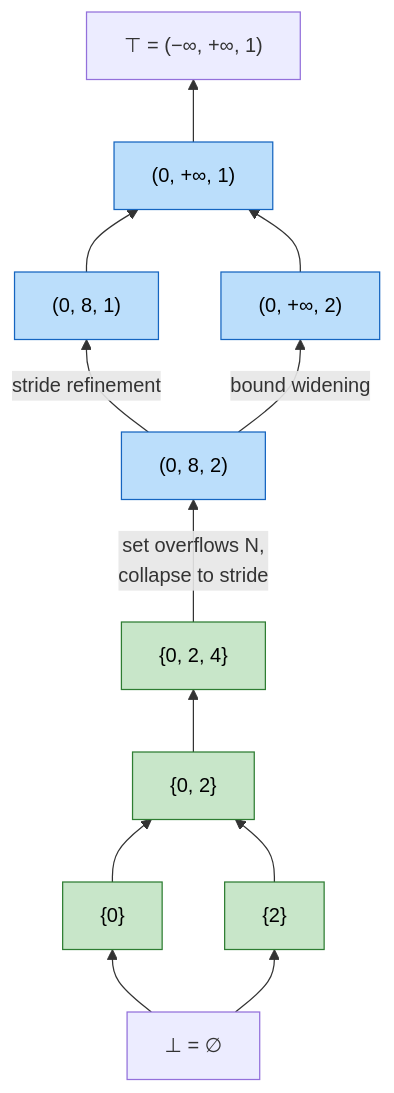
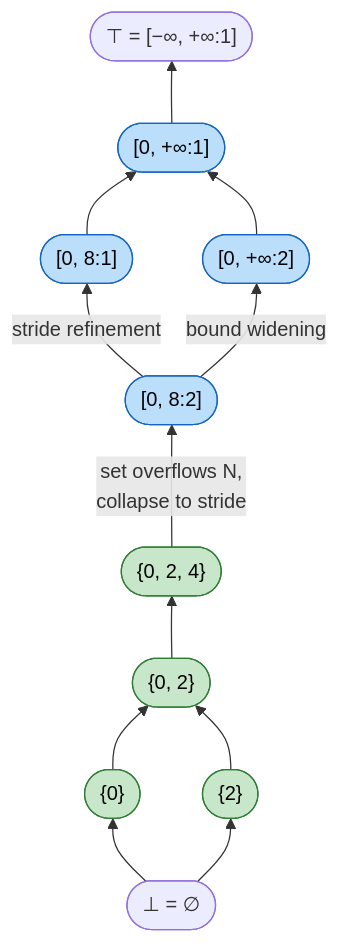
One commit to bernborgess/CangjieRangeAnalysis changed the first of 3 diagrams in README.md. Above: the diagram before and after it, drawn with Mermaid. The commit also changed other lines of this file, not shown here.

````diff
--- a/README.md
+++ b/README.md
@@ -38,19 +53,19 @@
 ```mermaid
 graph BT
     %% Edges go from more precise to less precise (a ⊑ b). Example with N = 3.
-    BOT["⊥ = ∅"] --> S0["{0}"] & S2["{2}"]
-    S0 & S2 --> S02["{0, 2}"]
-    S02 --> S024["{0, 2, 4}"]
-    S024 -->|"set overflows N,<br/>collapse to stride"| I082["(0, 8, 2)"]
-    I082 -->|"stride refinement"| I081["(0, 8, 1)"]
-    I082 -->|"bound widening"| I0P2["(0, +∞, 2)"]
-    I081 & I0P2 --> I0P1["(0, +∞, 1)"]
-    I0P1 --> TOP["⊤ = (−∞, +∞, 1)"]
+    BOT(["⊥ = ∅"]) --> S0(["{0}"]) & S2(["{2}"])
+    S0 & S2 --> S02(["{0, 2}"])
+    S02 --> S024(["{0, 2, 4}"])
+    S024 -->|"set overflows N,<br/>collapse to stride"| I082(["[0, 8:2]"])
+    I082 -->|"stride refinement"| I081(["[0, 8:1]"])
+    I082 -->|"bound widening"| I0P2(["[0, +∞:2]"])
+    I081 & I0P2 --> I0P1(["[0, +∞:1]"])
+    I0P1 --> TOP(["⊤ = [−∞, +∞:1]"])
 
     classDef set fill:#c8e6c9,stroke:#2e7d32,color:#000
     classDef si fill:#bbdefb,stroke:#1565c0,color:#000
     classDef note fill:#fff,stroke:#999,stroke-dasharray:4 3,color:#000
     class S0,S2,S02,S024,L1 set
     class I082,I081,I0P2,I0P1,L2 si
     class L3,L4,L5 note
 ```
````
